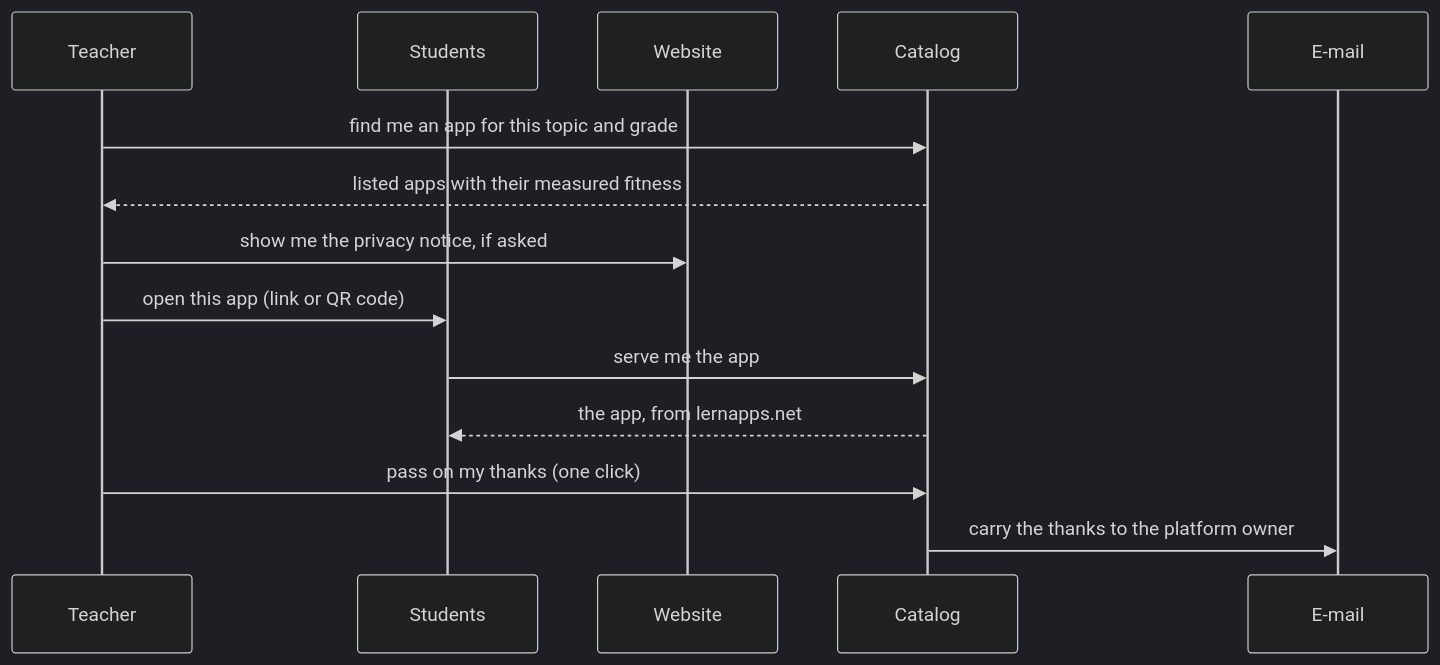
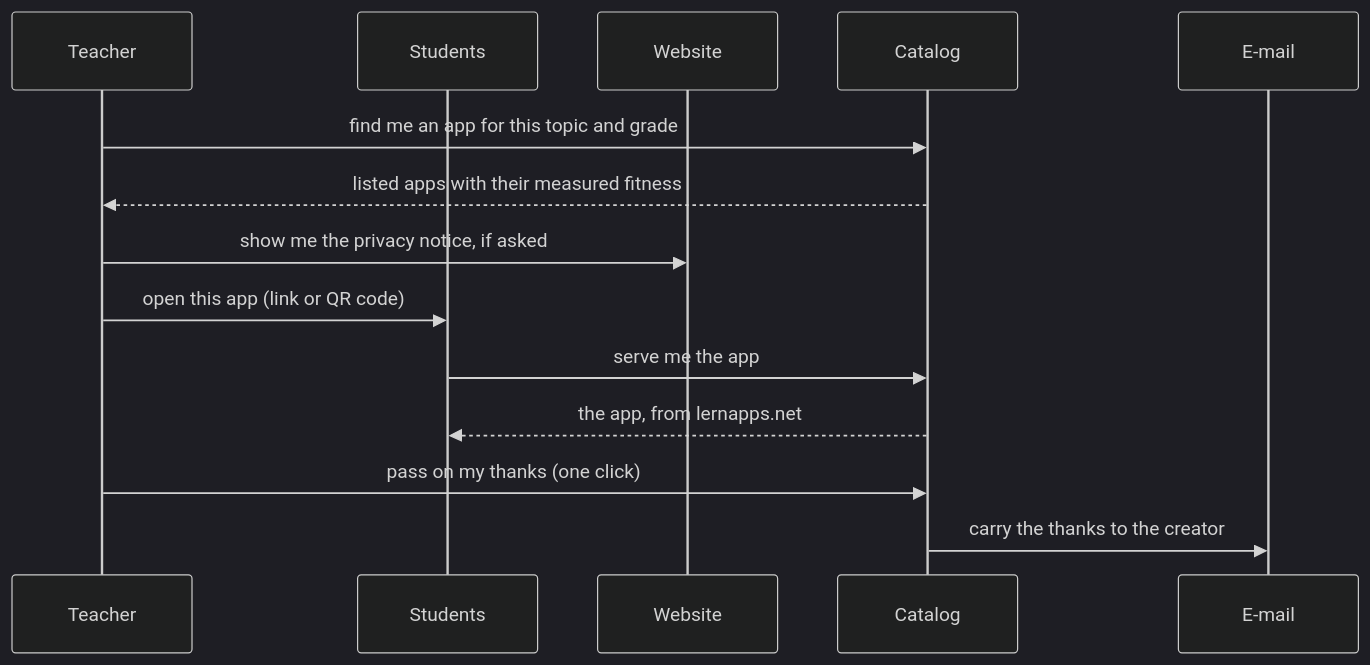
The first of 6 diagrams in docs/arc42/06-runtime-view.arc42.md (lernapps/docs), drawn with Mermaid (dark theme) before and after one commit. The commit also changed other lines of this file and 7 other files, not shown here.

````diff
--- a/docs/arc42/06-runtime-view.arc42.md
+++ b/docs/arc42/06-runtime-view.arc42.md
@@ -33,16 +33,16 @@
 ```mermaid
 sequenceDiagram
     participant teacher as Teacher
     participant student as Students
     participant website as Website
     participant catalog as Catalog
     participant mail as E-mail
     teacher->>catalog: find me an app for this topic and grade
     catalog-->>teacher: listed apps with their measured fitness
     teacher->>website: show me the privacy notice, if asked
     teacher->>student: open this app (link or QR code)
     student->>catalog: serve me the app
     catalog-->>student: the app, from lernapps.net
     teacher->>catalog: pass on my thanks (one click)
-    catalog->>mail: carry the thanks to the platform owner
+    catalog->>mail: carry the thanks to the creator
 ```
````
